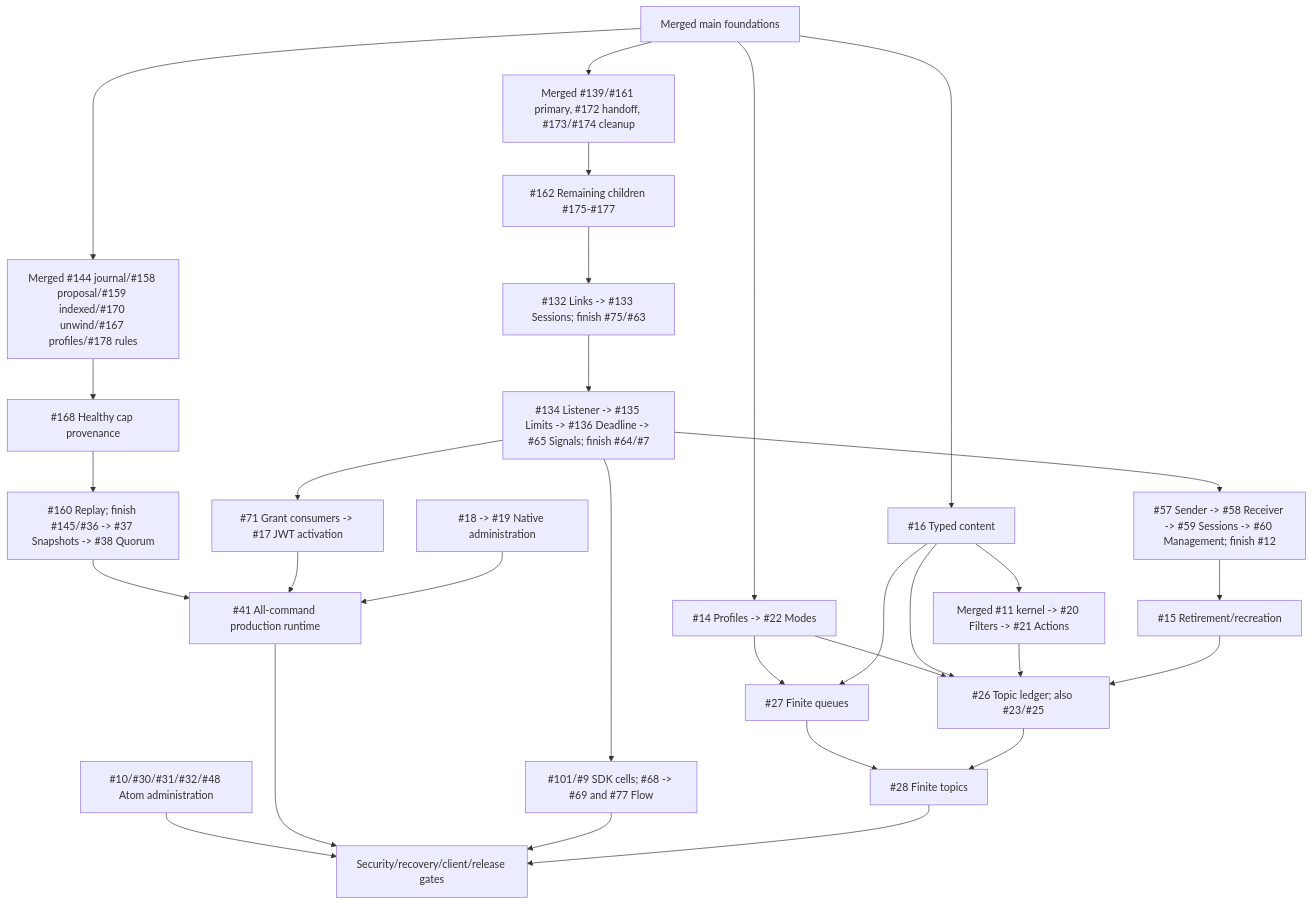
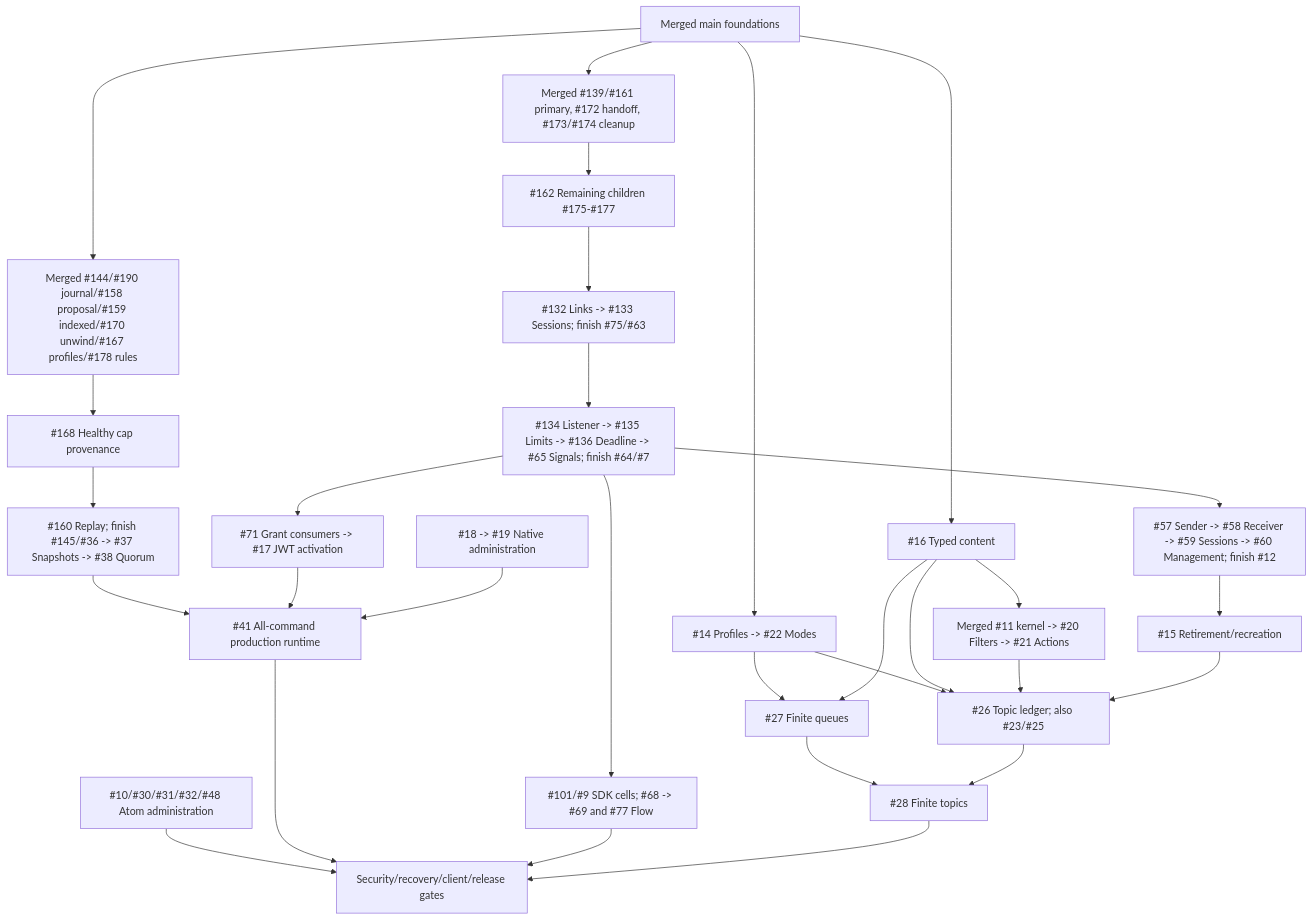
Before and after one commit to DeandreT/switchyard: the diagram in docs/roadmap.md, drawn with Mermaid. The commit also changed other lines of this file and 4 other files, not shown here.

````diff
--- a/docs/roadmap.md
+++ b/docs/roadmap.md
@@ -53,32 +53,32 @@
 ```mermaid
 flowchart TD
     Main["Merged main foundations"] --> Lifecycle["Merged #139/#161 primary, #172 handoff, #173/#174 cleanup"]
     Lifecycle --> Cleanup["#162 Remaining children #175-#177"]
     Cleanup --> Families["#132 Links -> #133 Sessions; finish #75/#63"]
     Families --> Shutdown["#134 Listener -> #135 Limits -> #136 Deadline -> #65 Signals; finish #64/#7"]
     Shutdown --> Authority["#57 Sender -> #58 Receiver -> #59 Sessions -> #60 Management; finish #12"]
     Authority --> Delete["#15 Retirement/recreation"]
     Shutdown --> Grants["#71 Grant consumers -> #17 JWT activation"]
     Shutdown --> Clients["#101/#9 SDK cells; #68 -> #69 and #77 Flow"]
     Main --> Profiles["#14 Profiles -> #22 Modes"]
     Main --> Content["#16 Typed content"]
     Content --> Rules["Merged #11 kernel -> #20 Filters -> #21 Actions"]
     Profiles --> Queues["#27 Finite queues"]
     Content --> Queues
     Profiles --> Ledger["#26 Topic ledger; also #23/#25"]
     Content --> Ledger
     Rules --> Ledger
     Delete --> Ledger
     Queues --> Topics["#28 Finite topics"]
     Ledger --> Topics
-    Main --> Durable["Merged #144 journal/#158 proposal/#159 indexed/#170 unwind/#167 profiles/#178 rules"]
+    Main --> Durable["Merged #144/#190 journal/#158 proposal/#159 indexed/#170 unwind/#167 profiles/#178 rules"]
     Durable --> Integrity["#168 Healthy cap provenance"]
     Integrity --> Replay["#160 Replay; finish #145/#36 -> #37 Snapshots -> #38 Quorum"]
     Replay --> Runtime["#41 All-command production runtime"]
     Grants --> Runtime
     Native["#18 -> #19 Native administration"] --> Runtime
     Atom["#10/#30/#31/#32/#48 Atom administration"] --> Gates["Security/recovery/client/release gates"]
     Runtime --> Gates
     Clients --> Gates
     Topics --> Gates
 ```
````
